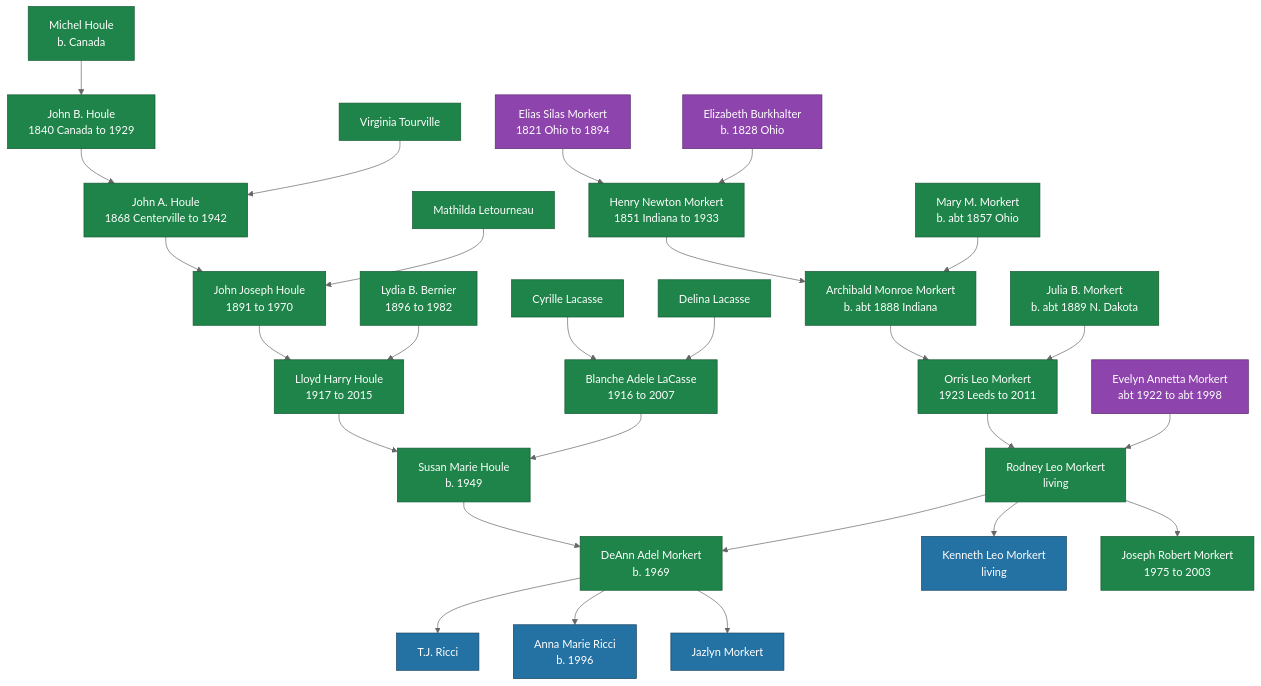
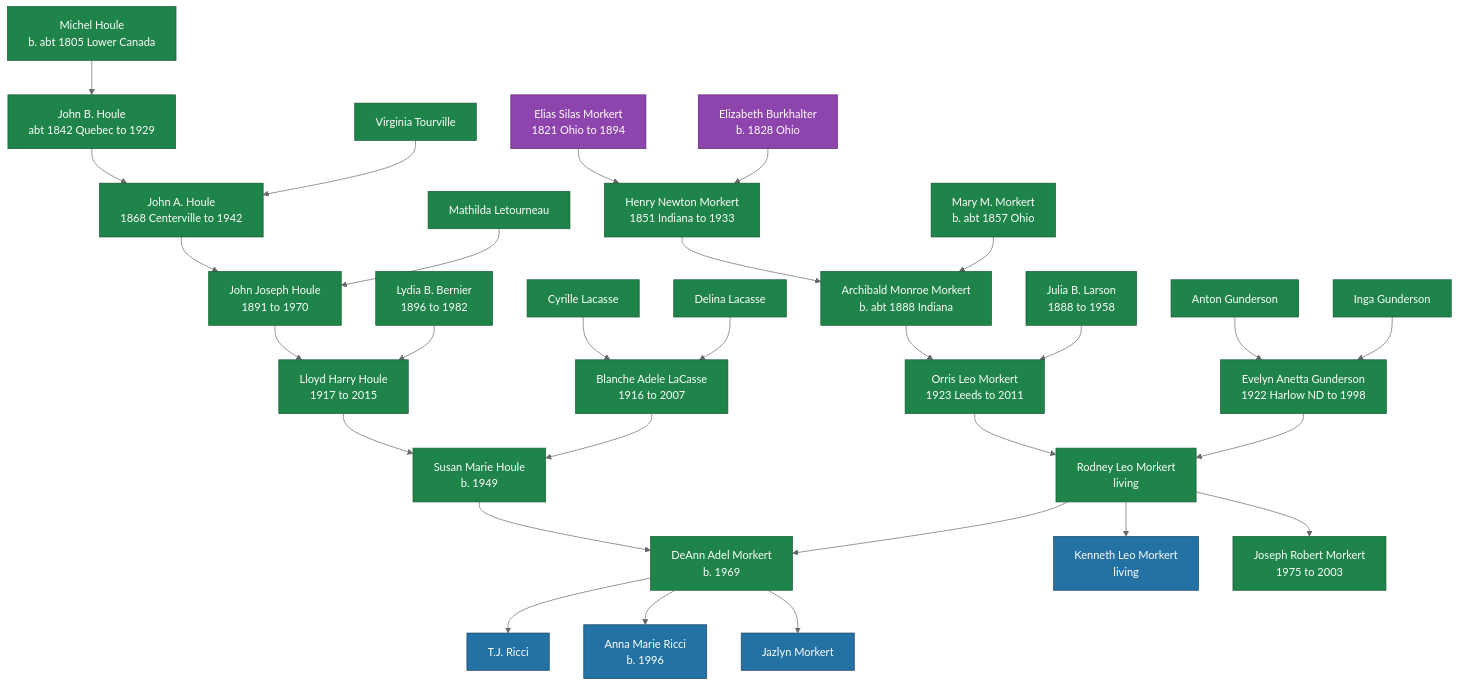
The diagram in tree.mmd (Triccsters/morkert-family-history), drawn with Mermaid (neutral theme) before and after one commit. The commit also changed 5 other files, not shown here.

First line of the commit message:
Michel Houle in the 1875 Centerville census, the Michigan leg, and the Gunderson generation

```diff
--- a/tree.mmd
+++ b/tree.mmd
@@ -1,36 +1,38 @@
 graph TD
-  MH["Michel Houle<br/>b. Canada"] --> JB["John B. Houle<br/>1840 Canada to 1929"]
+  MH["Michel Houle<br/>b. abt 1805 Lower Canada"] --> JB["John B. Houle<br/>abt 1842 Quebec to 1929"]
   VT["Virginia Tourville"] --> JA
   JB --> JA["John A. Houle<br/>1868 Centerville to 1942"]
   ML["Mathilda Letourneau"] --> JJ
   JA --> JJ["John Joseph Houle<br/>1891 to 1970"]
   LB["Lydia B. Bernier<br/>1896 to 1982"] --> LH
   JJ --> LH["Lloyd Harry Houle<br/>1917 to 2015"]
   BL["Blanche Adele LaCasse<br/>1916 to 2007"] --> SH
   CL["Cyrille Lacasse"] --> BL
   DL["Delina Lacasse"] --> BL
   LH --> SH["Susan Marie Houle<br/>b. 1949"]
 
   EM["Elias Silas Morkert<br/>1821 Ohio to 1894"] --> HM
   EB["Elizabeth Burkhalter<br/>b. 1828 Ohio"] --> HM
   HM["Henry Newton Morkert<br/>1851 Indiana to 1933"] --> AM
   MM["Mary M. Morkert<br/>b. abt 1857 Ohio"] --> AM
   AM["Archibald Monroe Morkert<br/>b. abt 1888 Indiana"] --> OM
-  JM["Julia B. Morkert<br/>b. abt 1889 N. Dakota"] --> OM
+  JM["Julia B. Larson<br/>1888 to 1958"] --> OM
   OM["Orris Leo Morkert<br/>1923 Leeds to 2011"] --> RM
-  EV["Evelyn Annetta Morkert<br/>abt 1922 to abt 1998"] --> RM
+  AG["Anton Gunderson"] --> EV
+  IG["Inga Gunderson"] --> EV
+  EV["Evelyn Anetta Gunderson<br/>1922 Harlow ND to 1998"] --> RM
   RM["Rodney Leo Morkert<br/>living"] --> DM
   SH --> DM["DeAnn Adel Morkert<br/>b. 1969"]
   DM --> TJ["T.J. Ricci"]
   DM --> AN["Anna Marie Ricci<br/>b. 1996"]
   DM --> JZ["Jazlyn Morkert"]
   RM --> KM["Kenneth Leo Morkert<br/>living"]
   RM --> JO["Joseph Robert Morkert<br/>1975 to 2003"]
 
   classDef rec fill:#1e8449,color:#ffffff,stroke:#145a32
   classDef prob fill:#8e44ad,color:#ffffff,stroke:#5b2c6f
   classDef fam fill:#2471a3,color:#ffffff,stroke:#154360
   class MH,JB,JA,JJ,LH,SH,VT,ML,LB,BL,CL,DL rec
-  class HM,MM,AM,JM,OM,RM,DM,JO rec
-  class EM,EB,EV prob
+  class HM,MM,AM,JM,OM,RM,DM,JO,EV,AG,IG rec
+  class EM,EB prob
   class TJ,AN,JZ,KM fam
```
